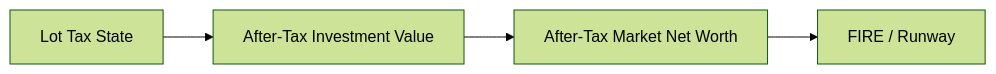
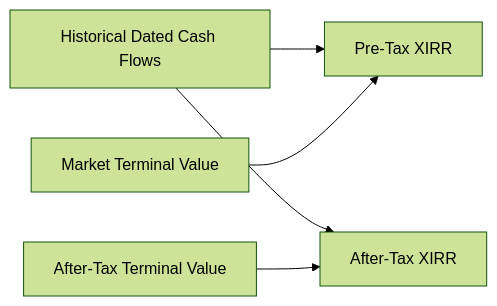
The second of 2 diagrams in docs/finance/tax-methodology.md (tks18/personal-finance-etl), drawn with Mermaid (forest theme) before and after one commit. The commit also changed other lines of this file and 5 other files, not shown here.

````diff
--- a/docs/finance/tax-methodology.md
+++ b/docs/finance/tax-methodology.md
@@ -390,6 +271,8 @@
 ```mermaid
 flowchart LR
-    LOT["Lot Tax State"] --> AT["After-Tax Investment Value"]
-    AT --> NW["After-Tax Market Net Worth"]
-    NW --> FIRE["FIRE / Runway"]
+    CF["Historical Dated Cash Flows"] --> PRE["Pre-Tax XIRR"]
+    MV["Market Terminal Value"] --> PRE
+
+    CF --> POST["After-Tax XIRR"]
+    ATV["After-Tax Terminal Value"] --> POST
 ```
````
